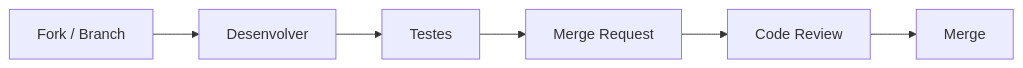
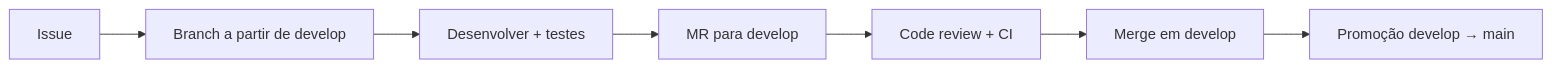
The diagram in docs/dev/contribuir.md (RochaCarla/doc-bp), drawn with Mermaid before and after one commit. The commit also changed other lines of this file and 75 other files, not shown here.

````diff
--- a/docs/dev/contribuir.md
+++ b/docs/dev/contribuir.md
@@ -13,8 +13,9 @@
 ```mermaid
 graph LR
-    A[Fork / Branch] --> B[Desenvolver]
-    B --> C[Testes]
-    C --> D[Merge Request]
-    D --> E[Code Review]
-    E --> F[Merge]
+    A[Issue] --> B[Branch a partir de develop]
+    B --> C[Desenvolver + testes]
+    C --> D[MR para develop]
+    D --> E[Code review + CI]
+    E --> F[Merge em develop]
+    F --> G[Promoção develop → main]
 ```
````
